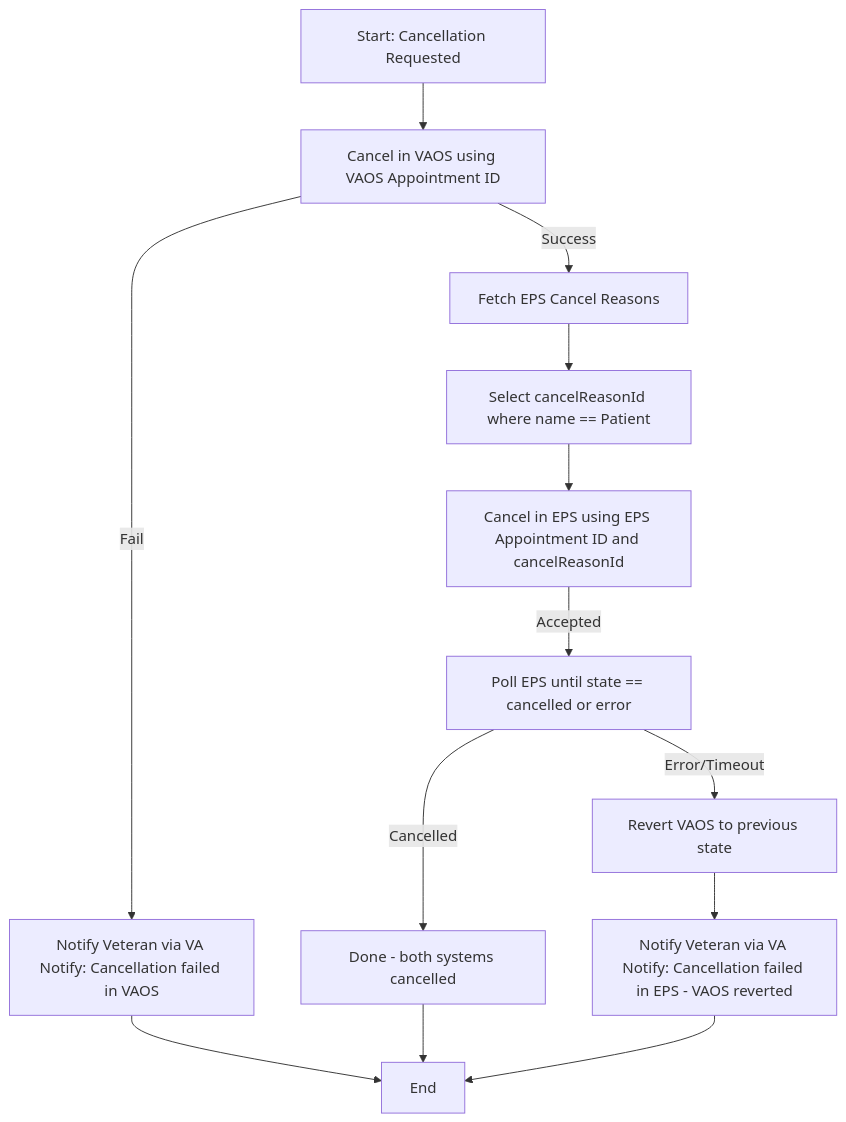
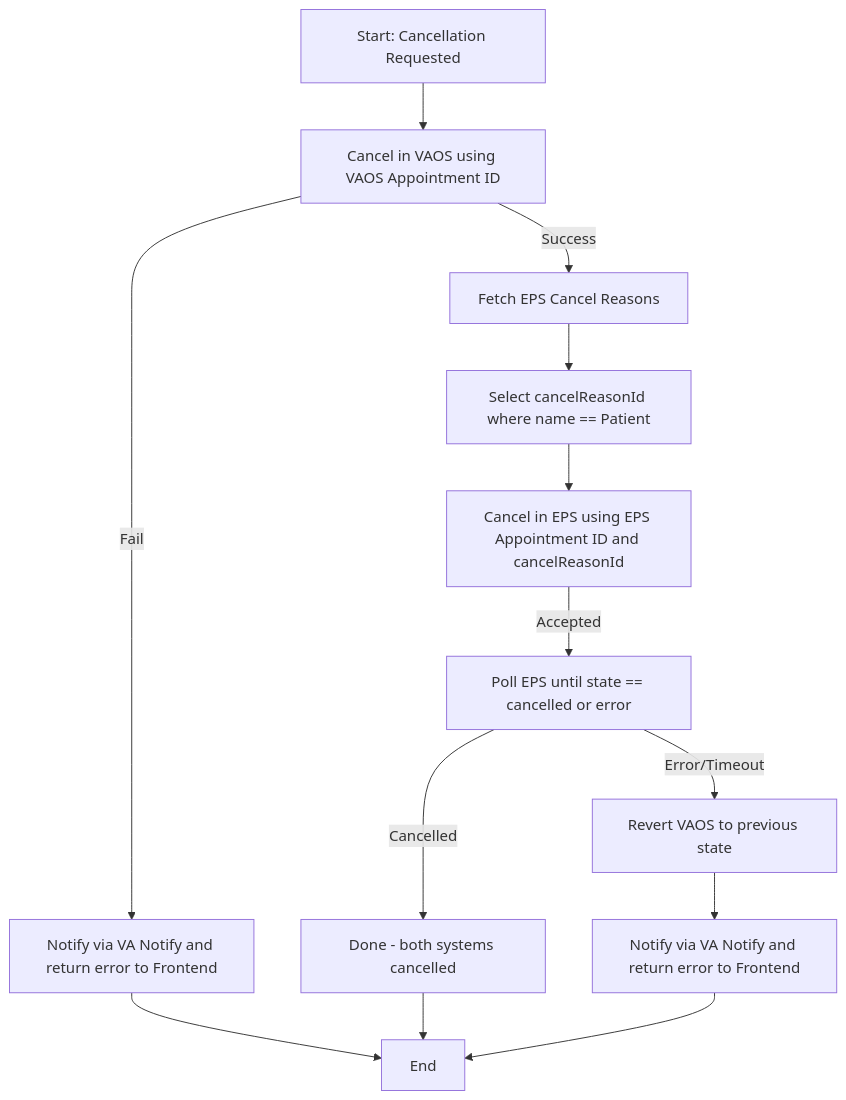
The first of 2 diagrams in products/health-care/appointments/va-online-scheduling/engineering/architecture/community-care-appts-cancellation.md (department-of-veterans-affairs/va.gov-team), drawn with Mermaid before and after one commit.

Commit message:
Update cancellation flowchart notification messages

````diff
--- a/products/health-care/appointments/va-online-scheduling/engineering/architecture/community-care-appts-cancellation.md
+++ b/products/health-care/appointments/va-online-scheduling/engineering/architecture/community-care-appts-cancellation.md
@@ -30,19 +30,19 @@
 ```mermaid
 flowchart TD
 
     A[Start: Cancellation Requested] --> B[Cancel in VAOS using VAOS Appointment ID]
     B -->|Success| C[Fetch EPS Cancel Reasons]
-    B -->|Fail| F[Notify Veteran via VA Notify: Cancellation failed in VAOS]
+    B -->|Fail| F[Notify via VA Notify and return error to Frontend]
 
     C --> C1[Select cancelReasonId where name == Patient]
     C1 --> D[Cancel in EPS using EPS Appointment ID and cancelReasonId]
 
     D -->|Accepted| P[Poll EPS until state == cancelled or error]
     P -->|Cancelled| G[Done - both systems cancelled]
     P -->|Error/Timeout| E[Revert VAOS to previous state]
-    E --> H[Notify Veteran via VA Notify: Cancellation failed in EPS - VAOS reverted]
+    E --> H[Notify via VA Notify and return error to Frontend]
 
     F --> I[End]
     G --> I
     H --> I
 ```
````
